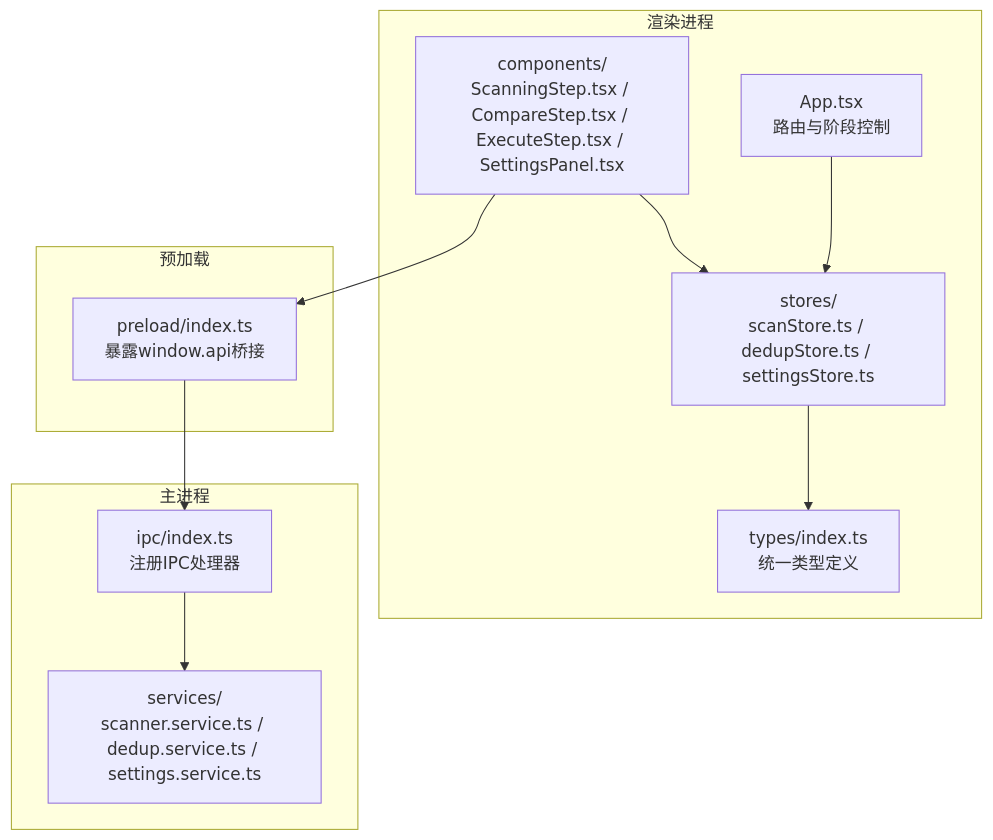
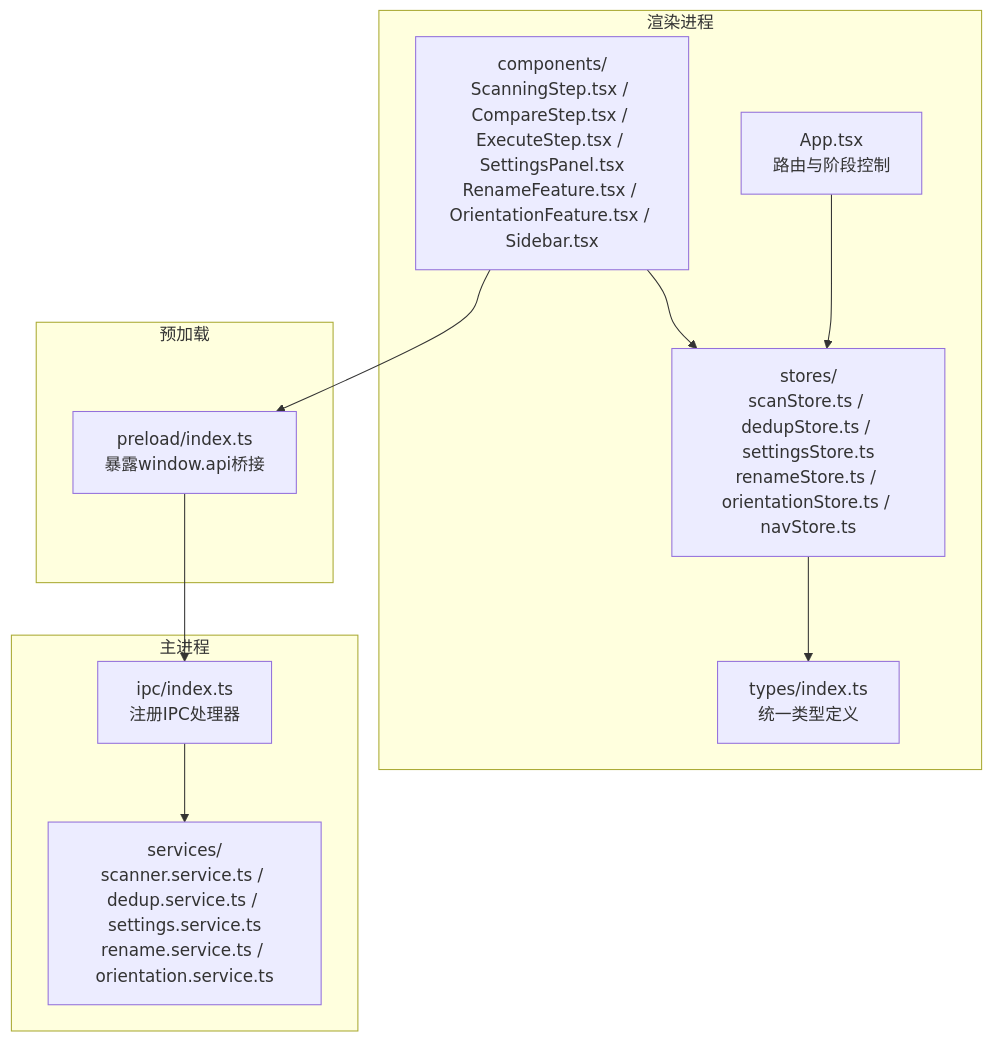
Before and after one commit to remgasuki/ReDoPhoto: the first of 10 diagrams in .qoder/repowiki/zh/content/用户界面系统/状态管理系统.md, drawn with Mermaid. The commit also changed other lines of this file and 10 other files, not shown here.

````diff
--- a/.qoder/repowiki/zh/content/用户界面系统/状态管理系统.md
+++ b/.qoder/repowiki/zh/content/用户界面系统/状态管理系统.md
@@ -46,22 +63,22 @@
 ```mermaid
 graph TB
 subgraph "渲染进程"
 A["App.tsx<br/>路由与阶段控制"]
-B["stores/<br/>scanStore.ts / dedupStore.ts / settingsStore.ts"]
-C["components/<br/>ScanningStep.tsx / CompareStep.tsx / ExecuteStep.tsx / SettingsPanel.tsx"]
+B["stores/<br/>scanStore.ts / dedupStore.ts / settingsStore.ts<br/>renameStore.ts / orientationStore.ts / navStore.ts"]
+C["components/<br/>ScanningStep.tsx / CompareStep.tsx / ExecuteStep.tsx / SettingsPanel.tsx<br/>RenameFeature.tsx / OrientationFeature.tsx / Sidebar.tsx"]
 D["types/index.ts<br/>统一类型定义"]
 end
 subgraph "主进程"
 E["ipc/index.ts<br/>注册IPC处理器"]
-F["services/<br/>scanner.service.ts / dedup.service.ts / settings.service.ts"]
+F["services/<br/>scanner.service.ts / dedup.service.ts / settings.service.ts<br/>rename.service.ts / orientation.service.ts"]
 end
 subgraph "预加载"
 G["preload/index.ts<br/>暴露window.api桥接"]
 end
 A --> B
 C --> B
 B --> D
 C --> G
 G --> E
 E --> F
 ```
````
